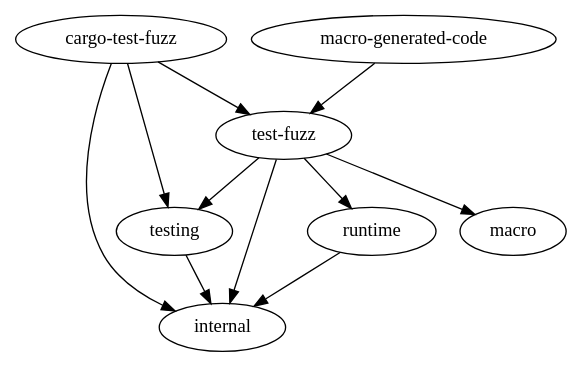
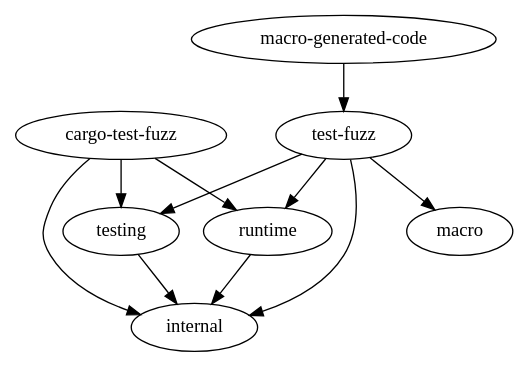
One commit to trailofbits/test-fuzz changed the diagram in docs/crates.dot. Above: the diagram before and after it, drawn with Graphviz. The commit also changed 4 other files, not shown here.

Commit message:
Eliminate `cargo-test-fuzz`'s reliance on `test-fuzz`

```diff
--- a/docs/crates.dot
+++ b/docs/crates.dot
@@ -1,12 +1,12 @@
 digraph {
-    "cargo-test-fuzz" -> "internal"
-    "cargo-test-fuzz" -> "test-fuzz"
-    "cargo-test-fuzz" -> "testing"
-    "macro-generated-code" -> "test-fuzz"
-    "runtime" -> "internal"
-    "test-fuzz" -> "internal"
-    "test-fuzz" -> "macro"
-    "test-fuzz" -> "runtime"
-    "test-fuzz" -> "testing"
-    "testing" -> "internal"
+    "cargo-test-fuzz" -> "internal";
+    "cargo-test-fuzz" -> "runtime";
+    "cargo-test-fuzz" -> "testing";
+    "macro-generated-code" -> "test-fuzz";
+    "runtime" -> "internal";
+    "test-fuzz" -> "internal";
+    "test-fuzz" -> "macro";
+    "test-fuzz" -> "runtime";
+    "test-fuzz" -> "testing";
+    "testing" -> "internal";
 }
```
